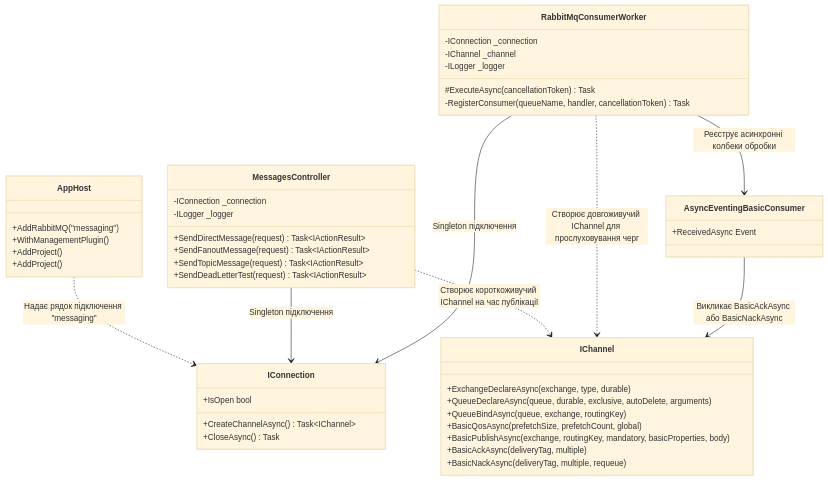
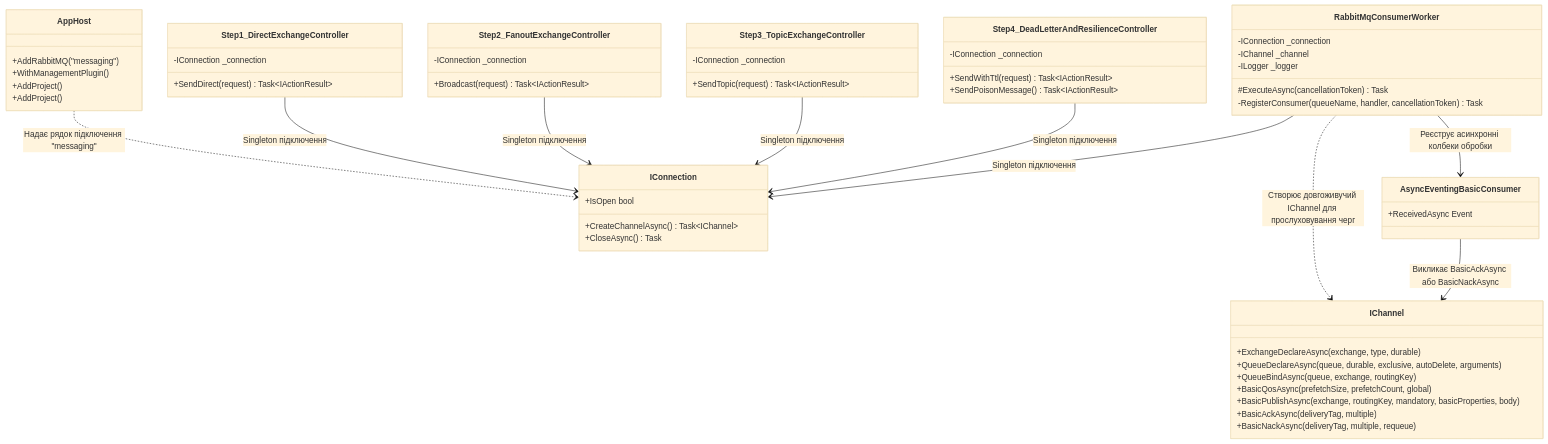
One commit to MrTomkaYurii/Microservices-Aspire-Mastery changed the first of 5 diagrams in 03-RabbitMQ-LowLevel/STRUCTURE-AND-DATA-FLOW.md. Above: the diagram before and after it, drawn with Mermaid (base theme). The commit also changed other lines of this file and 6 other files, not shown here.

Commit message:
refactor(rabbitmq): decompose RabbitMQ low-level into 4 educational steps (Direct, Fanout, Topic, DLX) with pedagogical preambles

````diff
--- a/03-RabbitMQ-LowLevel/STRUCTURE-AND-DATA-FLOW.md
+++ b/03-RabbitMQ-LowLevel/STRUCTURE-AND-DATA-FLOW.md
@@ -42,54 +45,68 @@
 ```mermaid
 classDiagram
     class AppHost {
         +AddRabbitMQ("messaging")
         +WithManagementPlugin()
         +AddProject<Sender_Api>()
         +AddProject<Receiver_Worker>()
     }
 
     class IConnection {
         +CreateChannelAsync() Task~IChannel~
         +IsOpen bool
         +CloseAsync() Task
     }
 
     class IChannel {
         +ExchangeDeclareAsync(exchange, type, durable)
         +QueueDeclareAsync(queue, durable, exclusive, autoDelete, arguments)
         +QueueBindAsync(queue, exchange, routingKey)
         +BasicQosAsync(prefetchSize, prefetchCount, global)
         +BasicPublishAsync(exchange, routingKey, mandatory, basicProperties, body)
         +BasicAckAsync(deliveryTag, multiple)
         +BasicNackAsync(deliveryTag, multiple, requeue)
     }
 
-    class MessagesController {
+    class Step1_DirectExchangeController {
         -IConnection _connection
-        -ILogger _logger
-        +SendDirectMessage(request) Task~IActionResult~
-        +SendFanoutMessage(request) Task~IActionResult~
-        +SendTopicMessage(request) Task~IActionResult~
-        +SendDeadLetterTest(request) Task~IActionResult~
+        +SendDirect(request) Task~IActionResult~
+    }
+
+    class Step2_FanoutExchangeController {
+        -IConnection _connection
+        +Broadcast(request) Task~IActionResult~
+    }
+
+    class Step3_TopicExchangeController {
+        -IConnection _connection
+        +SendTopic(request) Task~IActionResult~
+    }
+
+    class Step4_DeadLetterAndResilienceController {
+        -IConnection _connection
+        +SendWithTtl(request) Task~IActionResult~
+        +SendPoisonMessage() Task~IActionResult~
     }
 
     class RabbitMqConsumerWorker {
         -IConnection _connection
         -IChannel _channel
         -ILogger _logger
         #ExecuteAsync(cancellationToken) Task
         -RegisterConsumer(queueName, handler, cancellationToken) Task
     }
 
     class AsyncEventingBasicConsumer {
         +ReceivedAsync Event
     }
 
     AppHost ..> IConnection : Надає рядок підключення "messaging"
-    MessagesController --> IConnection : Singleton підключення
-    MessagesController ..> IChannel : Створює короткоживучий IChannel на час публікації
+    Step1_DirectExchangeController --> IConnection : Singleton підключення
+    Step2_FanoutExchangeController --> IConnection : Singleton підключення
+    Step3_TopicExchangeController --> IConnection : Singleton підключення
+    Step4_DeadLetterAndResilienceController --> IConnection : Singleton підключення
     RabbitMqConsumerWorker --> IConnection : Singleton підключення
     RabbitMqConsumerWorker ..> IChannel : Створює довгоживучий IChannel для прослуховування черг
     RabbitMqConsumerWorker --> AsyncEventingBasicConsumer : Реєструє асинхронні колбеки обробки
     AsyncEventingBasicConsumer --> IChannel : Викликає BasicAckAsync або BasicNackAsync
 ```
````
